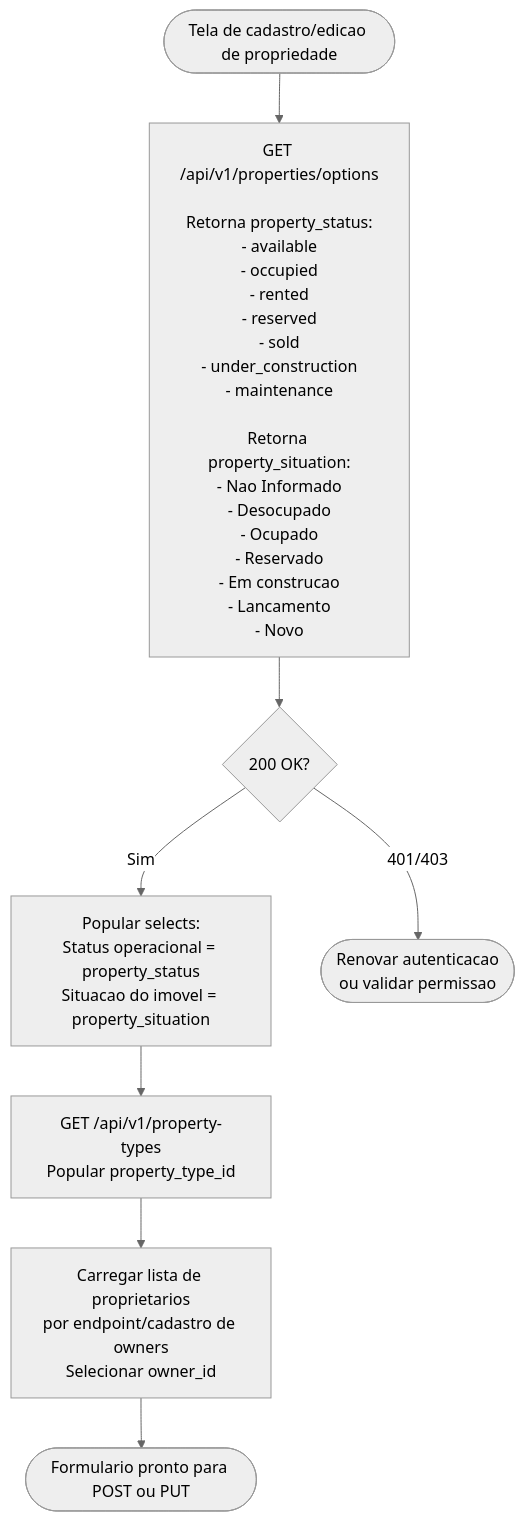
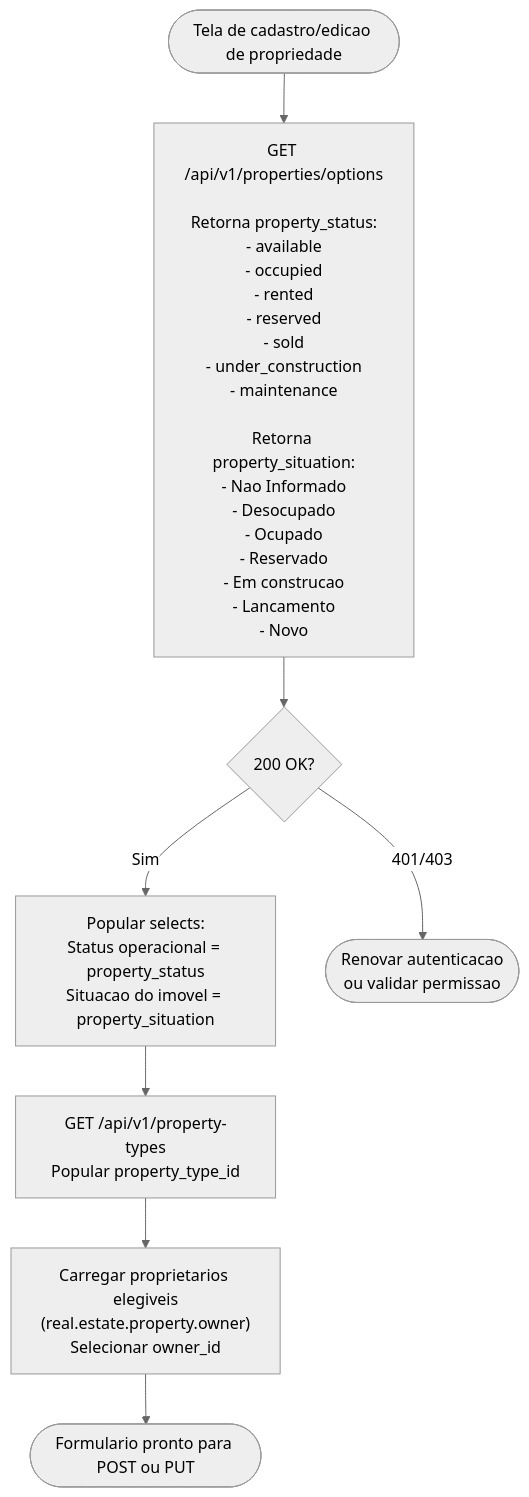
One commit to luanalves/realestate_backend changed the third of 11 diagrams in specs/018-property-status-options/flowcharts.md. Above: the diagram before and after it, drawn with Mermaid (neutral theme). The commit also changed other lines of this file and 4 other files, not shown here.

````diff
--- a/specs/018-property-status-options/flowcharts.md
+++ b/specs/018-property-status-options/flowcharts.md
@@ -121,13 +123,13 @@
 ```mermaid
 flowchart TD
     Start([Tela de cadastro/edicao de propriedade]) --> P1
 
     P1["GET /api/v1/properties/options\n\nRetorna property_status:\n- available\n- occupied\n- rented\n- reserved\n- sold\n- under_construction\n- maintenance\n\nRetorna property_situation:\n- Nao Informado\n- Desocupado\n- Ocupado\n- Reservado\n- Em construcao\n- Lancamento\n- Novo"] --> P1R{200 OK?}
 
     P1R -->|Sim| P2["Popular selects:\nStatus operacional = property_status\nSituacao do imovel = property_situation"]
     P1R -->|401/403| ERR1([Renovar autenticacao\nou validar permissao])
 
     P2 --> P3["GET /api/v1/property-types\nPopular property_type_id"]
-    P3 --> P4["Carregar lista de proprietarios\npor endpoint/cadastro de owners\nSelecionar owner_id"]
+    P3 --> P4["Carregar proprietarios elegiveis\n(real.estate.property.owner)\nSelecionar owner_id"]
     P4 --> Ready([Formulario pronto para POST ou PUT])
 ```
````
